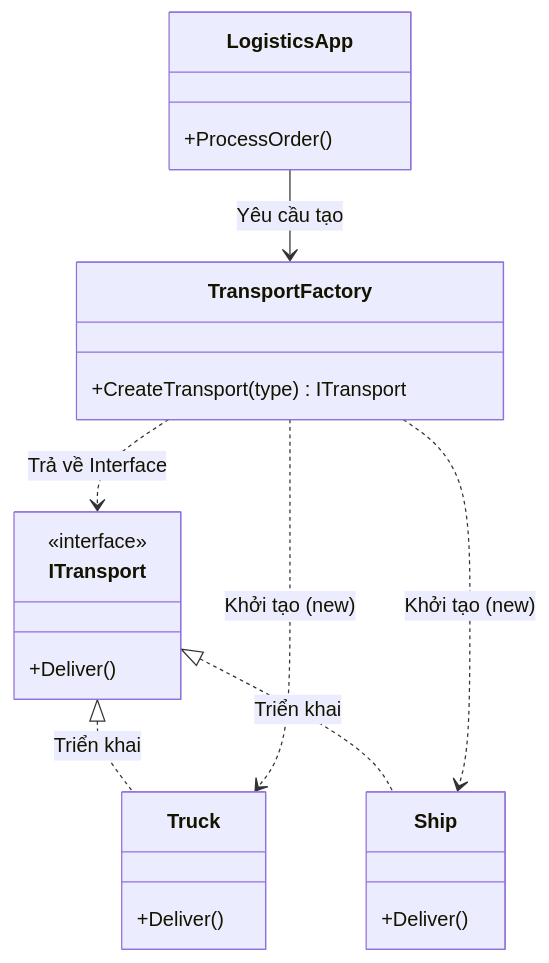
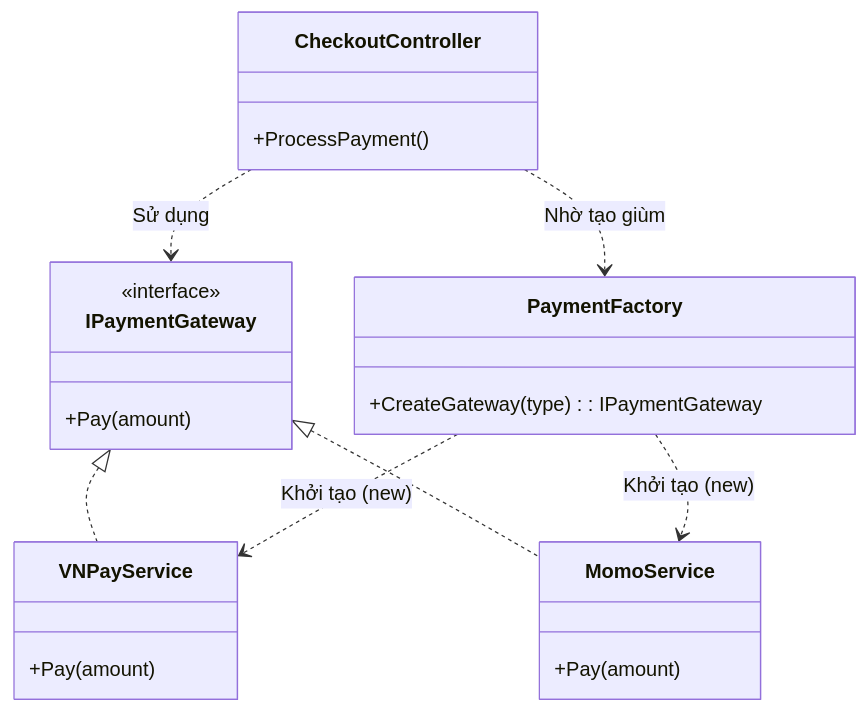
The first of 2 diagrams in frontend/src/features/docs/content/patterns/factory.md (maitieubao/VisualizationDSA), drawn with Mermaid before and after one commit. The commit also changed other lines of this file and 823 other files, not shown here.

First line of the commit message:
feat: Sprint 3 hoàn tất - Classroom, Codelabs, Theory Articles, Graph search viz + redesign QuickSort/MergeSort visualizers

````diff
--- a/frontend/src/features/docs/content/patterns/factory.md
+++ b/frontend/src/features/docs/content/patterns/factory.md
@@ -23,26 +69,26 @@
 ```mermaid
 classDiagram
-    class ITransport {
+    class IPaymentGateway {
         <<interface>>
-        +Deliver()
+        +Pay(amount)
     }
-    class Truck {
-        +Deliver()
+    class VNPayService {
+        +Pay(amount)
     }
-    class Ship {
-        +Deliver()
+    class MomoService {
+        +Pay(amount)
     }
-    class TransportFactory {
-        +CreateTransport(type) ITransport
+    class PaymentFactory {
+        +CreateGateway(type) : IPaymentGateway
     }
-    class LogisticsApp {
-        +ProcessOrder()
+    class CheckoutController {
+        +ProcessPayment()
     }
     
-    ITransport <|.. Truck : Triển khai
-    ITransport <|.. Ship : Triển khai
-    TransportFactory ..> ITransport : Trả về Interface
-    TransportFactory ..> Truck : Khởi tạo (new)
-    TransportFactory ..> Ship : Khởi tạo (new)
-    LogisticsApp --> TransportFactory : Yêu cầu tạo
+    IPaymentGateway <|.. VNPayService
+    IPaymentGateway <|.. MomoService
+    PaymentFactory ..> VNPayService : Khởi tạo (new)
+    PaymentFactory ..> MomoService : Khởi tạo (new)
+    CheckoutController ..> PaymentFactory : Nhờ tạo giùm
+    CheckoutController ..> IPaymentGateway : Sử dụng
 ```
````
